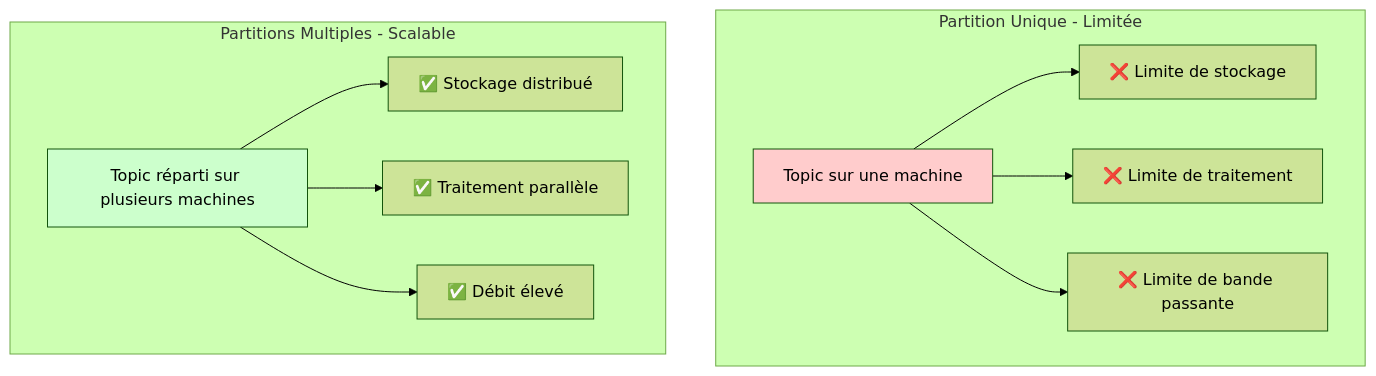
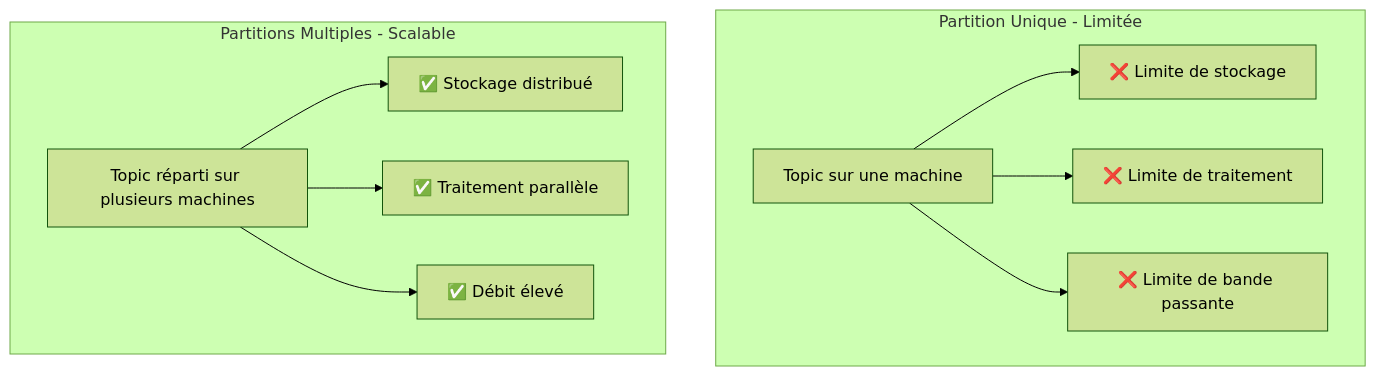
One commit to mombe090/techdocs changed the ninth of 26 diagrams in docs/tutorials/kafka-getting-started.fr.md. Above: the diagram before and after it, drawn with Mermaid (forest theme). The commit also changed other lines of this file and 11 other files, not shown here.

First line of the commit message:
style: remove hardcoded Mermaid diagram colors for dark mode compatibility

````diff
--- a/docs/tutorials/kafka-getting-started.fr.md
+++ b/docs/tutorials/kafka-getting-started.fr.md
@@ -298,17 +273,15 @@
 ```mermaid
 graph TB
     subgraph "Partition Unique - Limitée"
     A[Topic sur une machine] --> B[❌ Limite de stockage]
     A --> C[❌ Limite de traitement]
     A --> D[❌ Limite de bande passante]
     end
 
     subgraph "Partitions Multiples - Scalable"
     E[Topic réparti sur plusieurs machines] --> F[✅ Stockage distribué]
     E --> G[✅ Traitement parallèle]
     E --> H[✅ Débit élevé]
     end
 
-    style A fill:#ffcccc
-    style E fill:#ccffcc
 ```
````
